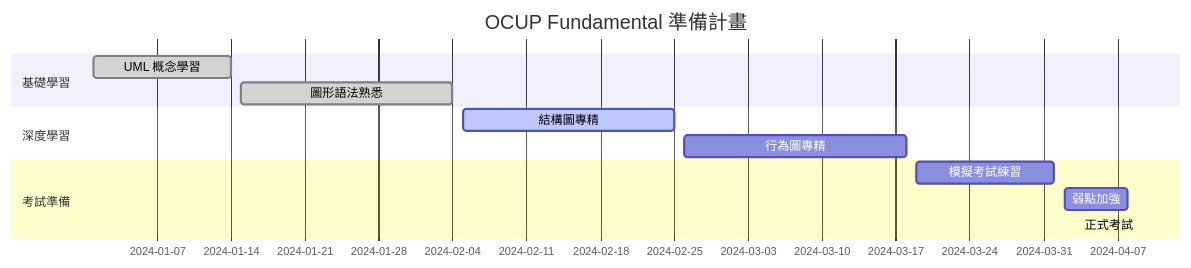
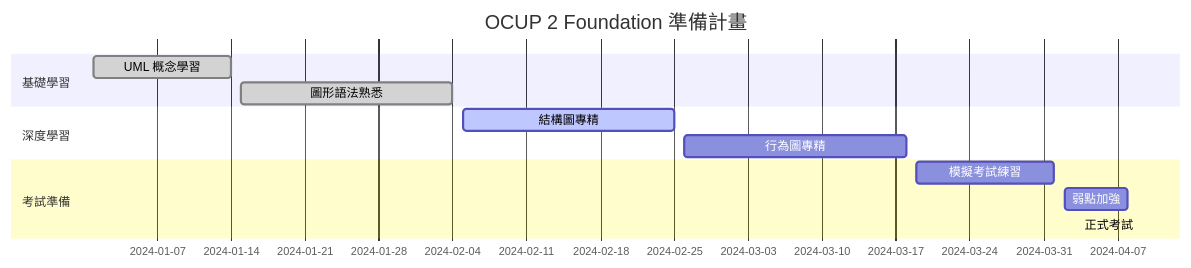
Before and after one commit to chihhung/Blog: diagram 39 of 49 in content/posts/教學/分析與設計/物件導向分析與設計 (OOAD) 教學.md, drawn with Mermaid. The commit also changed other lines of this file, not shown here.

````diff
--- a/content/posts/教學/分析與設計/物件導向分析與設計 (OOAD) 教學.md
+++ b/content/posts/教學/分析與設計/物件導向分析與設計 (OOAD) 教學.md
@@ -6082,15 +5007,15 @@
 ```mermaid
 gantt
-    title OCUP Fundamental 準備計畫
+    title OCUP 2 Foundation 準備計畫
     dateFormat  YYYY-MM-DD
     section 基礎學習
     UML 概念學習     :done,    basic, 2024-01-01, 2024-01-14
     圖形語法熟悉     :done,    syntax, 2024-01-15, 2024-02-04
     section 深度學習
     結構圖專精       :active,  struct, 2024-02-05, 2024-02-25
     行為圖專精       :         behav, 2024-02-26, 2024-03-18
     section 考試準備
     模擬考試練習     :         mock, 2024-03-19, 2024-04-01
     弱點加強         :         review, 2024-04-02, 2024-04-08
     正式考試         :         exam, 2024-04-09, 2024-04-09
 ```
````
